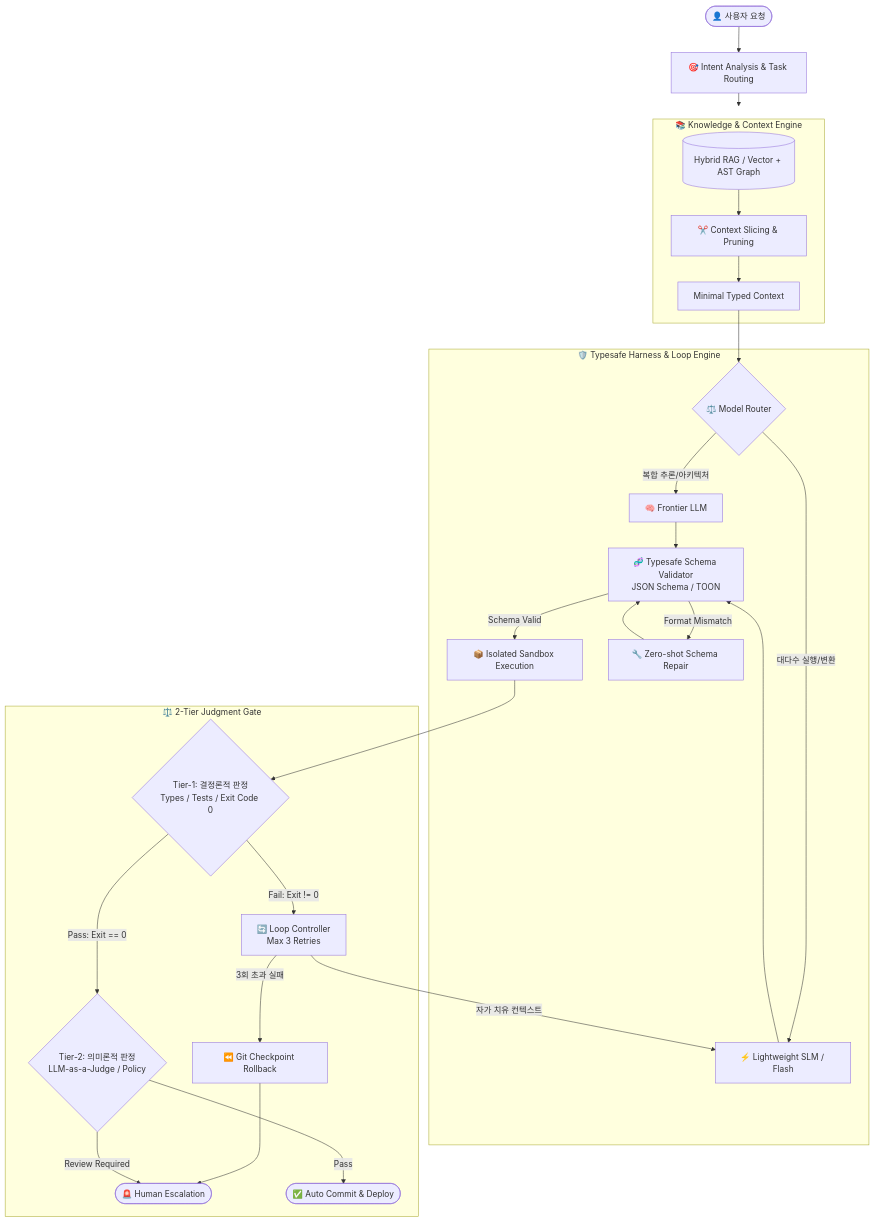
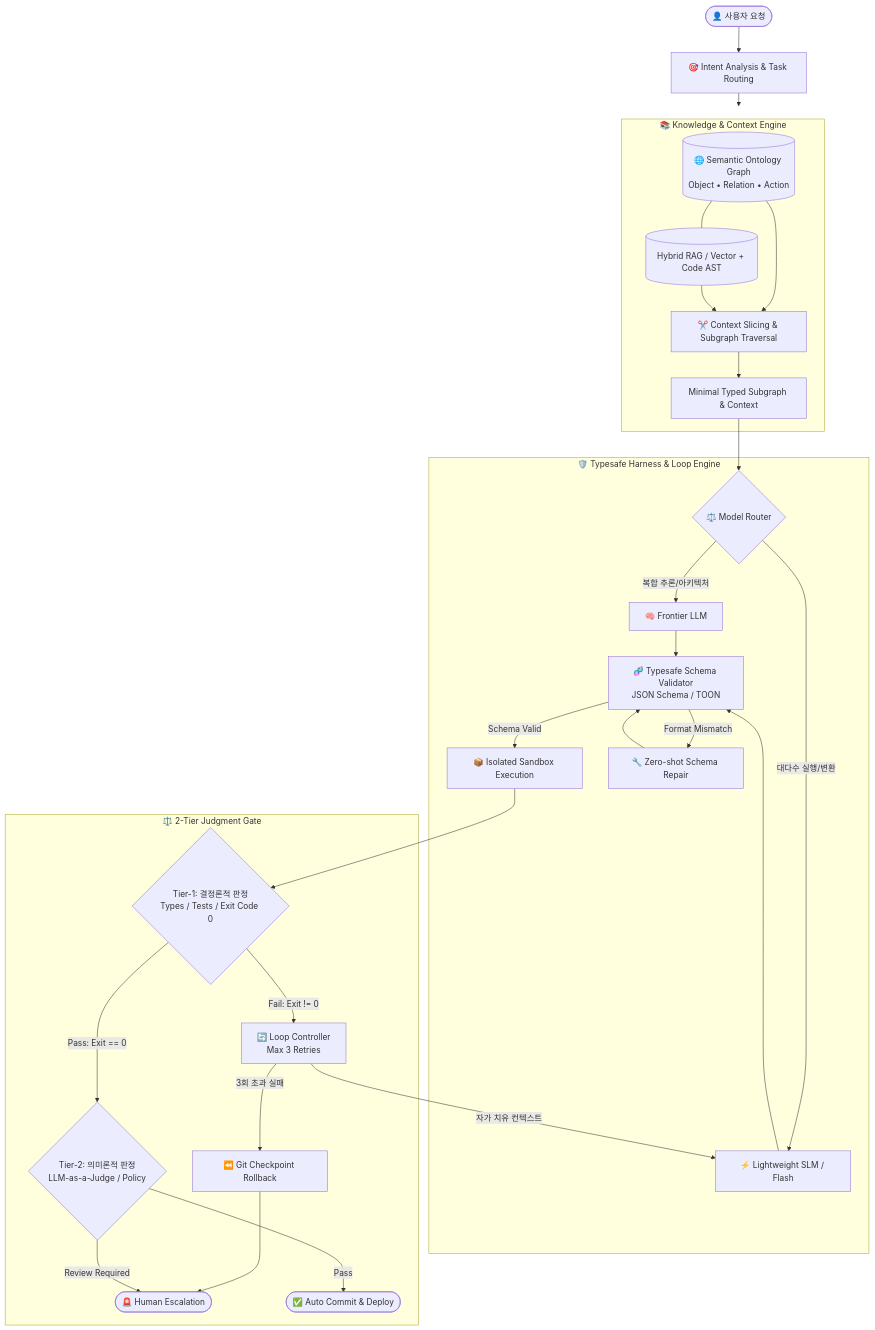
Before and after one commit to azdream/tram-aag: the first of 4 diagrams in ai-agent-governance.md, drawn with Mermaid. The commit also changed other lines of this file and 2 other files, not shown here.

Commit message:
feat(ontology): integrate Semantic Ontology & Knowledge Graph architecture into AAG v3.0

````diff
--- a/ai-agent-governance.md
+++ b/ai-agent-governance.md
@@ -37,35 +39,39 @@
 ```mermaid
 flowchart TD
     User(["👤 사용자 요청"]) --> Router["🎯 Intent Analysis & Task Routing"]
     
     subgraph Context_Layer ["📚 Knowledge & Context Engine"]
-        RAG[("Hybrid RAG / Vector + AST Graph")] --> Pruner["✂️ Context Slicing & Pruning"]
-        Pruner --> MinimalContext["Minimal Typed Context"]
+        Ontology[("🌐 Semantic Ontology Graph<br>Object • Relation • Action")]
+        RAG[("Hybrid RAG / Vector + Code AST")]
+        Ontology --- RAG
+        Ontology --> Pruner["✂️ Context Slicing & Subgraph Traversal"]
+        RAG --> Pruner
+        Pruner --> MinimalContext["Minimal Typed Subgraph & Context"]
     end
     Router --> Context_Layer
     
     subgraph Harness_Runtime ["🛡️ Typesafe Harness & Loop Engine"]
         MinimalContext --> ModelSelect{"⚖️ Model Router"}
         ModelSelect -->|"복합 추론/아키텍처"| Frontier["🧠 Frontier LLM"]
         ModelSelect -->|"대다수 실행/변환"| SLM["⚡ Lightweight SLM / Flash"]
         
         Frontier --> SchemaValidator["🧬 Typesafe Schema Validator<br>JSON Schema / TOON"]
         SLM --> SchemaValidator
         
         SchemaValidator -->|"Schema Valid"| SandboxExec["📦 Isolated Sandbox Execution"]
         SchemaValidator -->|"Format Mismatch"| QuickRepair["🔧 Zero-shot Schema Repair"]
         QuickRepair --> SchemaValidator
     end
     
     subgraph Judgment_Gate ["⚖️ 2-Tier Judgment Gate"]
         SandboxExec --> Tier1{"Tier-1: 결정론적 판정<br>Types / Tests / Exit Code 0"}
         Tier1 -->|"Fail: Exit != 0"| LoopCtrl["🔄 Loop Controller<br>Max 3 Retries"]
         LoopCtrl -->|"자가 치유 컨텍스트"| SLM
         LoopCtrl -->|"3회 초과 실패"| Rollback["⏪ Git Checkpoint Rollback"]
         Rollback --> HumanAlert(["🚨 Human Escalation"])
         
         Tier1 -->|"Pass: Exit == 0"| Tier2{"Tier-2: 의미론적 판정<br>LLM-as-a-Judge / Policy"}
         Tier2 -->|"Pass"| Ship(["✅ Auto Commit & Deploy"])
         Tier2 -->|"Review Required"| HumanAlert
     end
 ```
````
